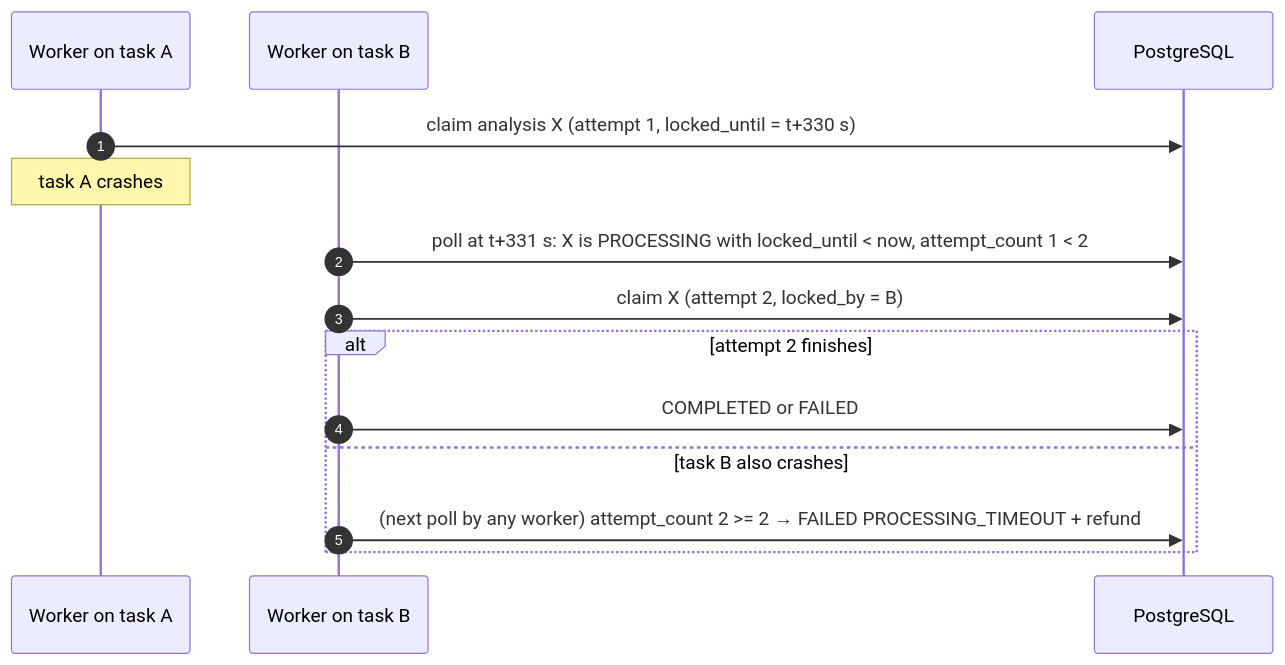
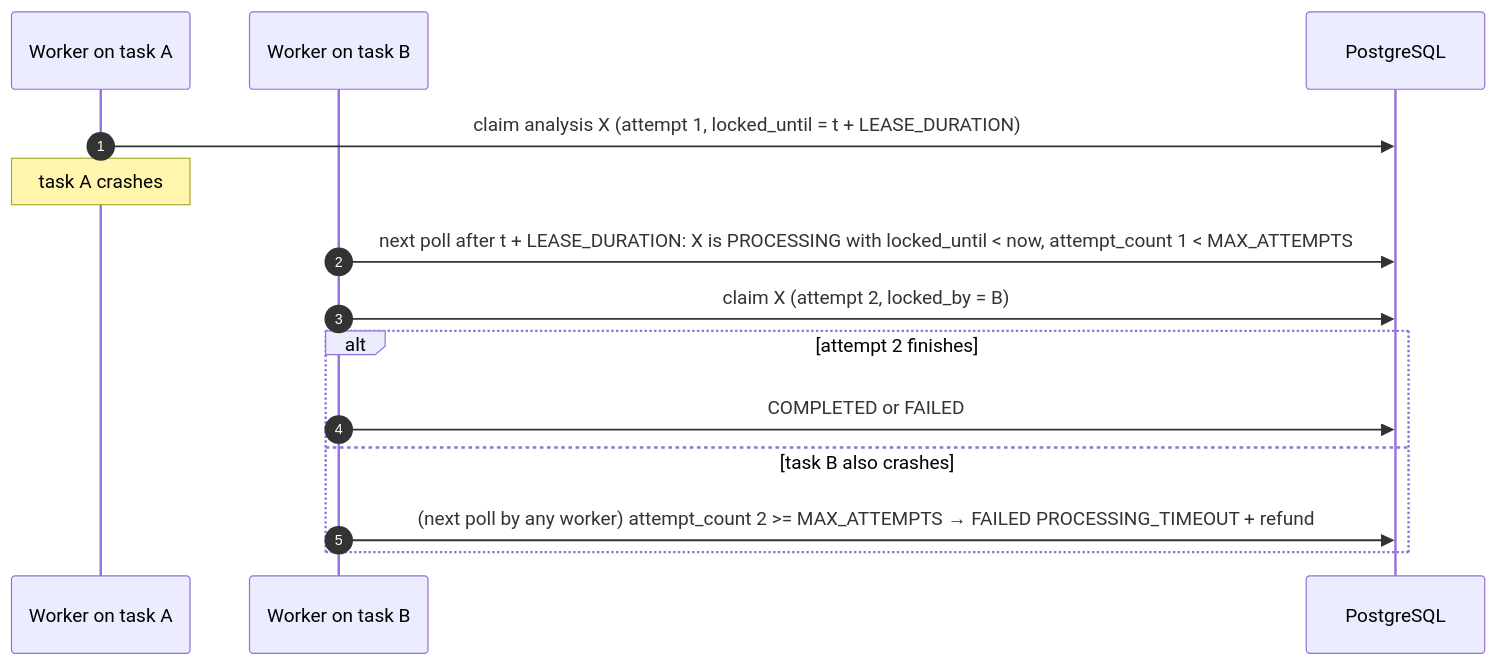
Before and after one commit to divii-school/spec-homework: the fifth of 14 diagrams in pranesh/spec.md, drawn with Mermaid. The commit also changed other lines of this file, not shown here.

Commit message:
improvement: PROCESSING_DEADLINE derived from two AI call budgets with backoff allowance, lease derived from it, retry skipped when no budget left; NFR-011 crash bound recomputed (build test B14, consistency §4)

````diff
--- a/pranesh/spec.md
+++ b/pranesh/spec.md
@@ -834,16 +843,16 @@
 ```mermaid
 sequenceDiagram
   autonumber
   participant W1 as Worker on task A
   participant W2 as Worker on task B
   participant DB as PostgreSQL
-  W1->>DB: claim analysis X (attempt 1, locked_until = t+330 s)
+  W1->>DB: claim analysis X (attempt 1, locked_until = t + LEASE_DURATION)
   Note over W1: task A crashes
-  W2->>DB: poll at t+331 s: X is PROCESSING with locked_until < now, attempt_count 1 < 2
+  W2->>DB: next poll after t + LEASE_DURATION: X is PROCESSING with locked_until < now, attempt_count 1 < MAX_ATTEMPTS
   W2->>DB: claim X (attempt 2, locked_by = B)
   alt attempt 2 finishes
     W2->>DB: COMPLETED or FAILED
   else task B also crashes
-    W2->>DB: (next poll by any worker) attempt_count 2 >= 2 → FAILED PROCESSING_TIMEOUT + refund
+    W2->>DB: (next poll by any worker) attempt_count 2 >= MAX_ATTEMPTS → FAILED PROCESSING_TIMEOUT + refund
   end
 ```
````
